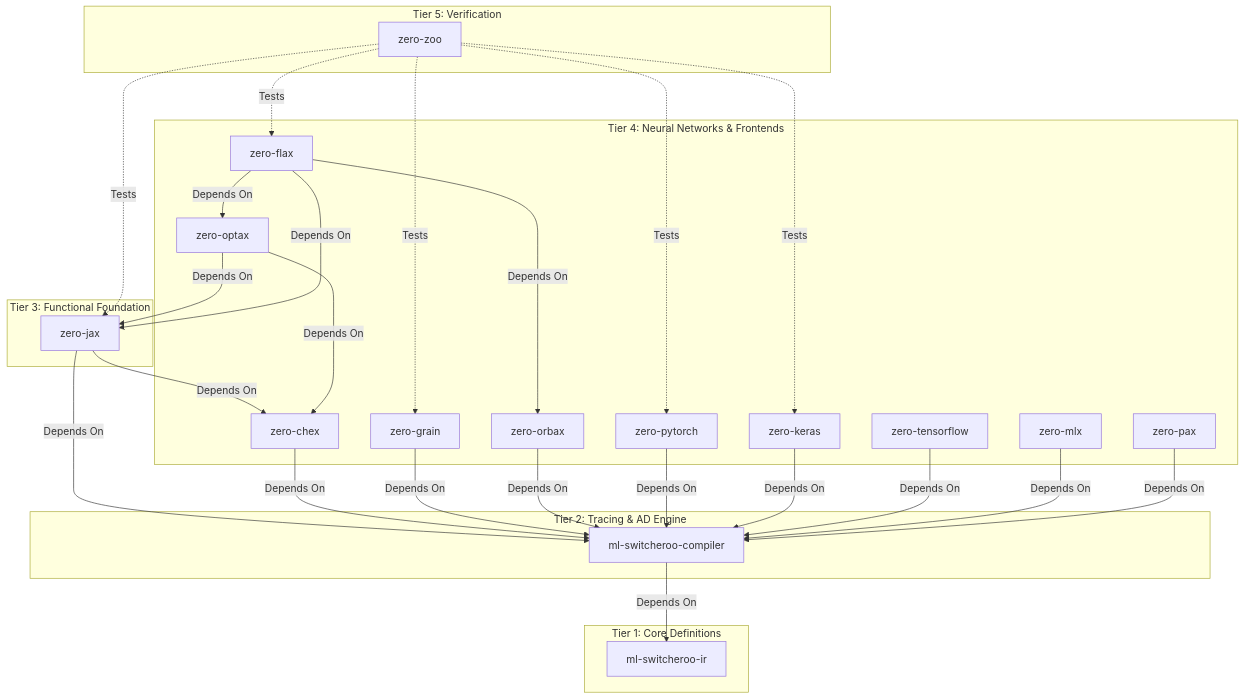
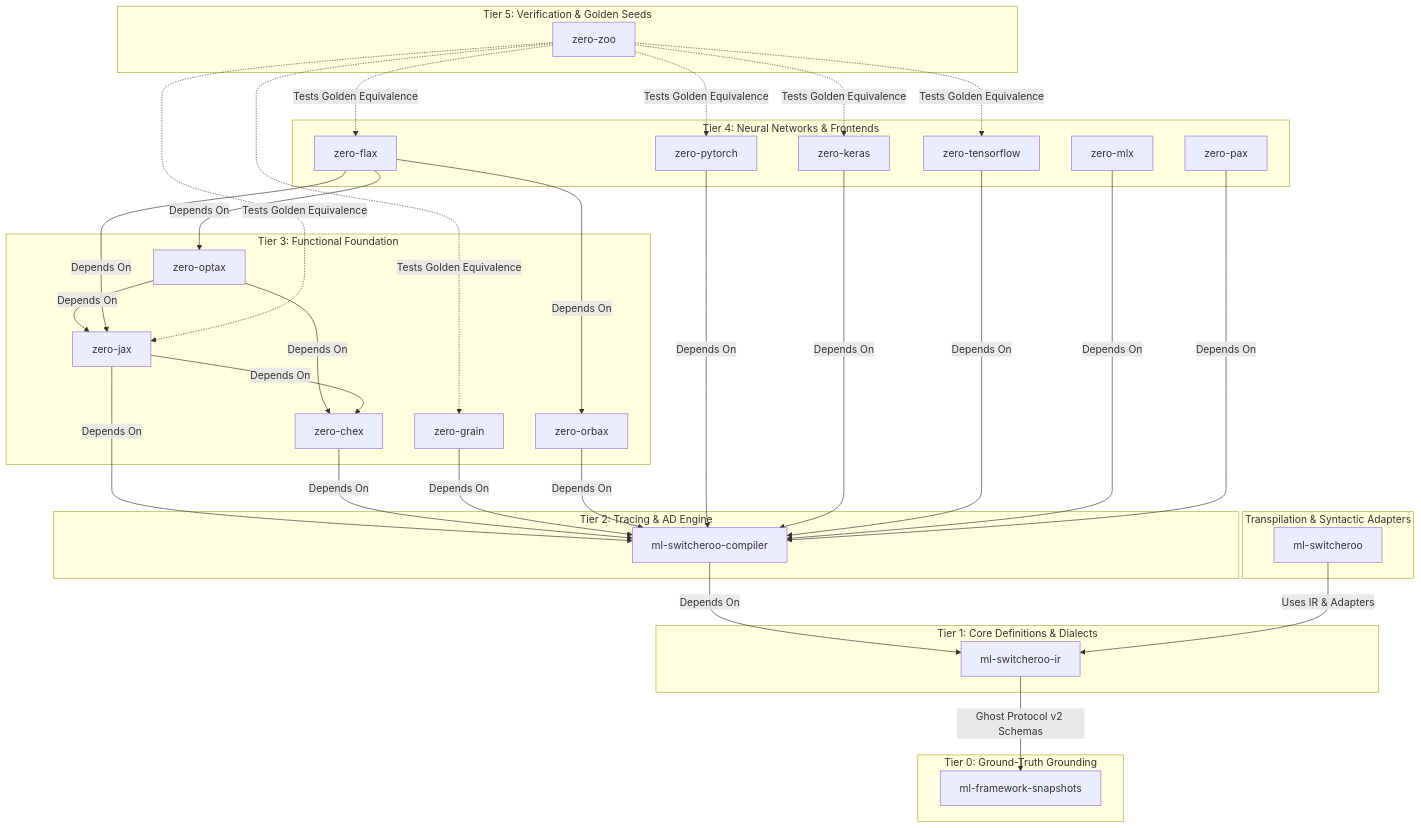
The first of 2 diagrams in ARCHITECTURE.md (SamuelMarks/ml-switcheroo-ir), drawn with Mermaid before and after one commit. The commit also changed other lines of this file and 13 other files, not shown here.

````diff
--- a/ARCHITECTURE.md
+++ b/ARCHITECTURE.md
@@ -17,56 +34,68 @@
 ```mermaid
 graph TD
-    subgraph Tier 1: Core Definitions
+    subgraph Tier 0: Ground-Truth Grounding
+        SNAPS[ml-framework-snapshots]
+    end
+
+    subgraph Tier 1: Core Definitions & Dialects
         IR[ml-switcheroo-ir]
     end
 
     subgraph Tier 2: Tracing & AD Engine
         COMP[ml-switcheroo-compiler]
     end
 
+    subgraph Transpilation & Syntactic Adapters
+        SW[ml-switcheroo]
+    end
+
     subgraph Tier 3: Functional Foundation
         ZJ[zero-jax]
+        ZC[zero-chex]
+        ZO[zero-optax]
+        ZG[zero-grain]
+        ZOB[zero-orbax]
     end
 
     subgraph Tier 4: Neural Networks & Frontends
         ZF[zero-flax]
         ZP[zero-pytorch]
         ZK[zero-keras]
         ZT[zero-tensorflow]
         ZM[zero-mlx]
         ZPX[zero-pax]
-        ZO[zero-optax]
-        ZC[zero-chex]
-        ZG[zero-grain]
-        ZOB[zero-orbax]
     end
 
-    subgraph Tier 5: Verification
+    subgraph Tier 5: Verification & Golden Seeds
         ZZ[zero-zoo]
     end
 
+    IR -->|Ghost Protocol v2 Schemas| SNAPS
     COMP -->|Depends On| IR
-    
+    SW -->|Uses IR & Adapters| IR
+
     ZJ -->|Depends On| COMP
+    ZC -->|Depends On| COMP
     ZO -->|Depends On| ZJ
-    ZC -->|Depends On| COMP
+    ZO -->|Depends On| ZC
     ZG -->|Depends On| COMP
     ZOB -->|Depends On| COMP
     ZJ -->|Depends On| ZC
-    ZO -->|Depends On| ZC
-    
+
     ZF -->|Depends On| ZJ
     ZF -->|Depends On| ZO
     ZF -->|Depends On| ZOB
-    ZZ -.->|Tests| ZG
+
     ZP -->|Depends On| COMP
     ZK -->|Depends On| COMP
     ZT -->|Depends On| COMP
     ZM -->|Depends On| COMP
     ZPX -->|Depends On| COMP
-    
-    ZZ -.->|Tests| ZF
-    ZZ -.->|Tests| ZP
-    ZZ -.->|Tests| ZK
-    ZZ -.->|Tests| ZJ
+
+    ZZ -.->|Tests Golden Equivalence| ZF
+    ZZ -.->|Tests Golden Equivalence| ZP
+    ZZ -.->|Tests Golden Equivalence| ZK
+    ZZ -.->|Tests Golden Equivalence| ZJ
+    ZZ -.->|Tests Golden Equivalence| ZT
+    ZZ -.->|Tests Golden Equivalence| ZG
 ```
````
